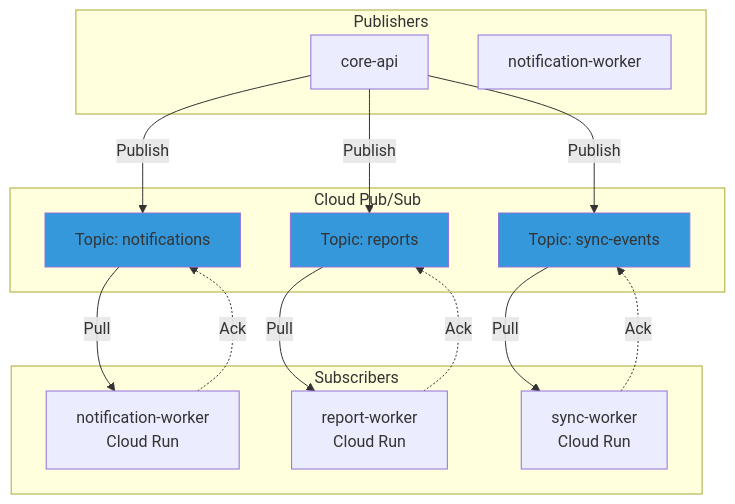
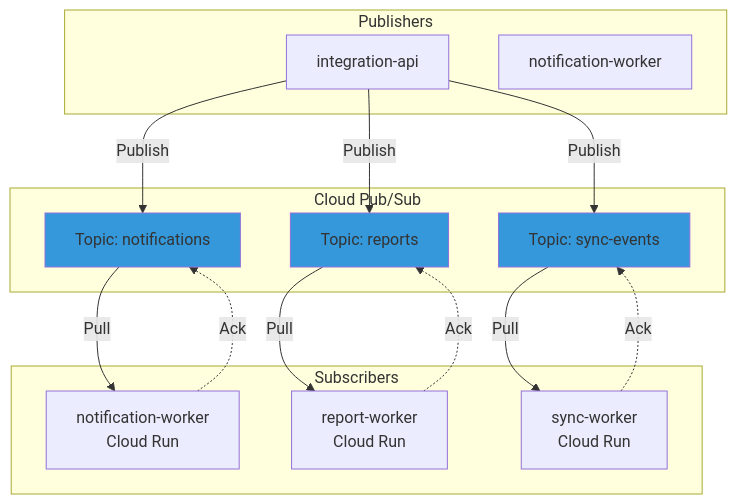
Before and after one commit to developer-implementos/integration-presentations: the second of 4 diagrams in presentations/infrastructure-gcp.md, drawn with Mermaid. The commit also changed other lines of this file and 15 other files, not shown here.

First line of the commit message:
feat: agregar Training Hub y corregir diagramas mermaid

````diff
--- a/presentations/infrastructure-gcp.md
+++ b/presentations/infrastructure-gcp.md
@@ -423,35 +419,35 @@
-```mermaid
+<div class="mermaid">
 graph TB
     subgraph "Publishers"
-        A[core-api]
+        A[integration-api]
         B[notification-worker]
     end
 
     subgraph "Cloud Pub/Sub"
         T1[Topic: notifications]
         T2[Topic: reports]
         T3[Topic: sync-events]
     end
 
     subgraph "Subscribers"
         S1[notification-worker<br/>Cloud Run]
         S2[report-worker<br/>Cloud Run]
         S3[sync-worker<br/>Cloud Run]
     end
 
     A -->|Publish| T1
     A -->|Publish| T2
     A -->|Publish| T3
 
     T1 -->|Pull| S1
     T2 -->|Pull| S2
     T3 -->|Pull| S3
 
     S1 -.->|Ack| T1
     S2 -.->|Ack| T2
     S3 -.->|Ack| T3
 
     style T1 fill:#3498db
     style T2 fill:#3498db
     style T3 fill:#3498db
-```
+</div>
````
